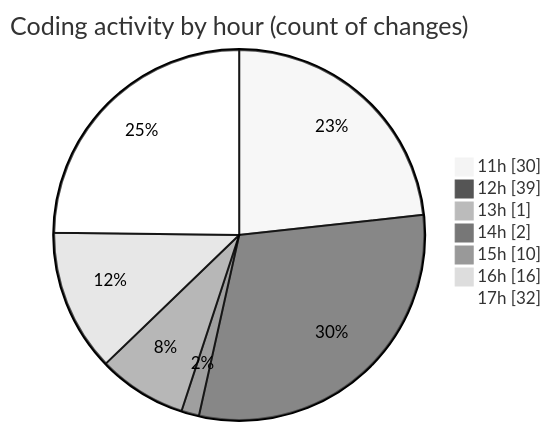
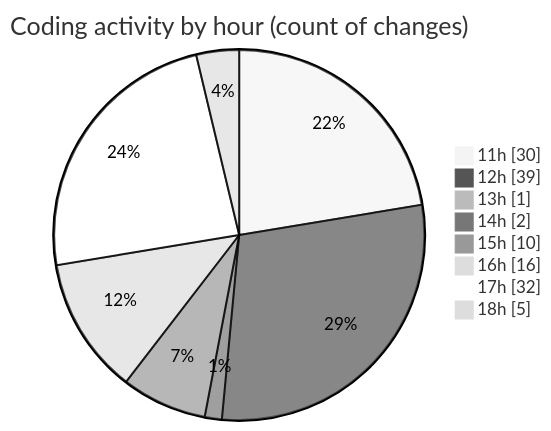
One commit to nxtqubesakshisongat/code-tracking changed the second of 2 diagrams in 2025-07-13/argos/README.md. Above: the diagram before and after it, drawn with Mermaid (neutral theme). The commit also changed other lines of this file and 1 other file, not shown here.

````diff
--- a/2025-07-13/argos/README.md
+++ b/2025-07-13/argos/README.md
@@ -32,11 +32,12 @@
 ```mermaid
 pie showData
 title Coding activity by hour (count of changes)
 "11h" : 30
 "12h" : 39
 "13h" : 1
 "14h" : 2
 "15h" : 10
 "16h" : 16
 "17h" : 32
+"18h" : 5
 ```
````
